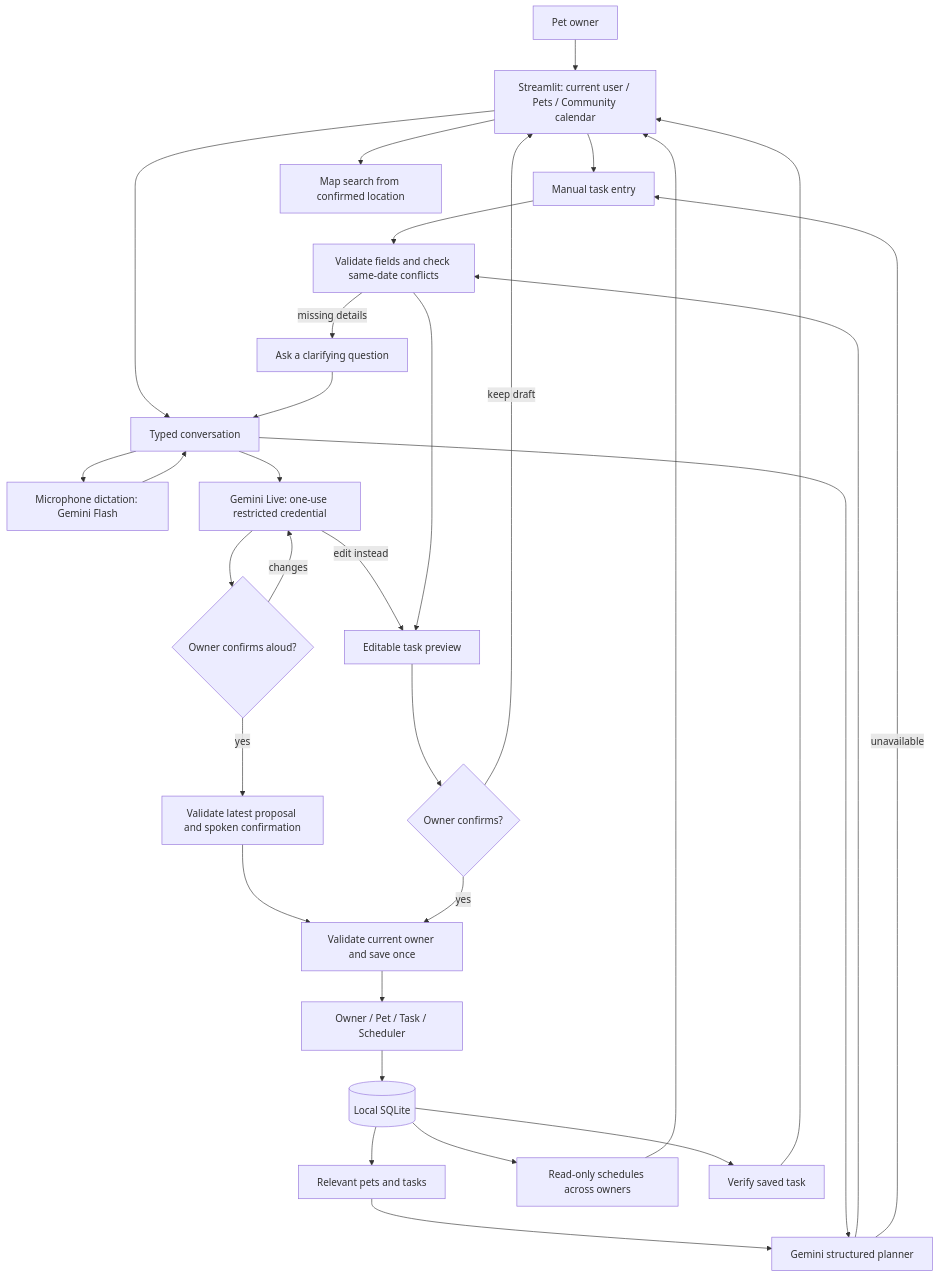
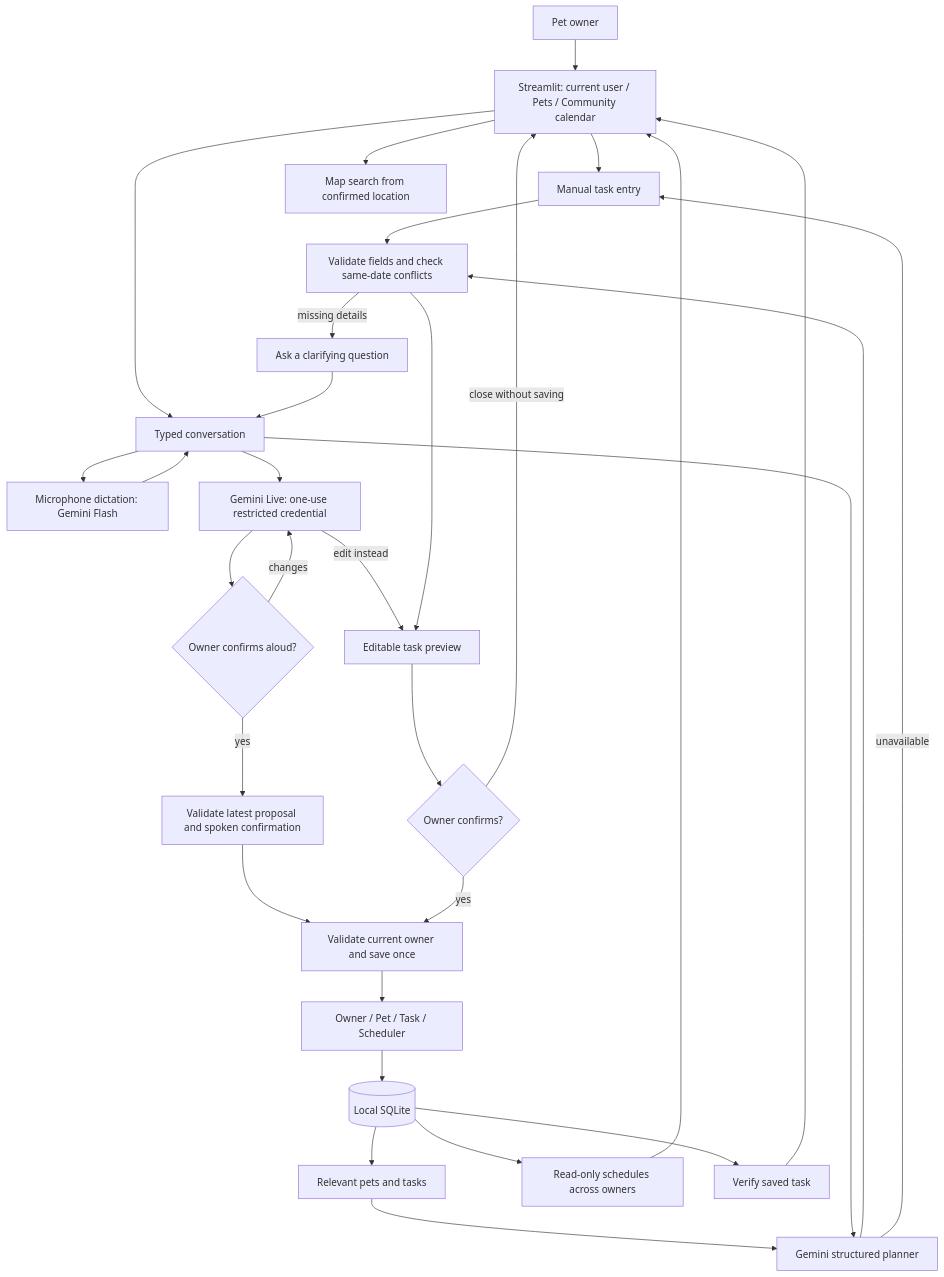
The diagram in diagrams/architecture.mmd (antunishdPursuit/pawpal-ai-planner), drawn with Mermaid before and after one commit. The commit also changed 2 other files, not shown here.

```diff
--- a/diagrams/architecture.mmd
+++ b/diagrams/architecture.mmd
@@ -1,31 +1,31 @@
 flowchart TD
     User[Pet owner] --> UI[Streamlit: current user / Pets / Community calendar]
     UI --> Manual[Manual task entry]
     UI --> Conversation[Typed conversation]
     Store[(Local SQLite)] --> Context[Relevant pets and tasks]
     Context --> Gemini[Gemini structured planner]
     Conversation --> Gemini
     Conversation --> Dictation[Microphone dictation: Gemini Flash]
     Dictation --> Conversation
     Conversation --> Live[Gemini Live: one-use restricted credential]
     Live --> Spoken{Owner confirms aloud?}
     Spoken -->|changes| Live
     Spoken -->|yes| VoiceSave[Validate latest proposal and spoken confirmation]
     VoiceSave --> Service
     Live -->|edit instead| Preview
     Store --> Shared[Read-only schedules across owners]
     Shared --> UI
     Gemini --> Validator[Validate fields and check same-date conflicts]
     Manual --> Validator
     Validator -->|missing details| Clarify[Ask a clarifying question]
     Clarify --> Conversation
     Validator --> Preview[Editable task preview]
     Preview --> Confirm{Owner confirms?}
-    Confirm -->|keep draft| UI
+    Confirm -->|close without saving| UI
     Confirm -->|yes| Service[Validate current owner and save once]
     Service --> Domain[Owner / Pet / Task / Scheduler]
     Domain --> Store
     Store --> Readback[Verify saved task]
     Readback --> UI
     Gemini -->|unavailable| Manual
     UI --> Maps[Map search from confirmed location]
```
